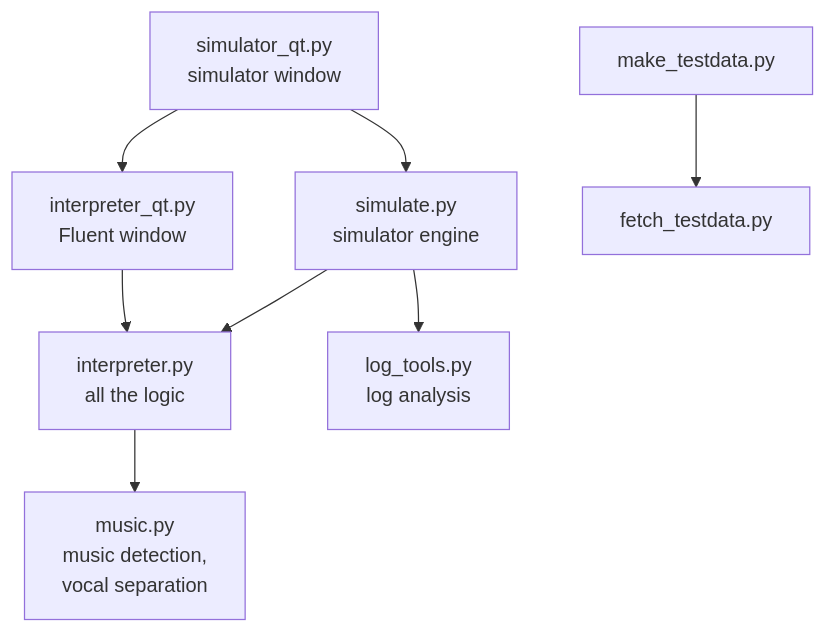
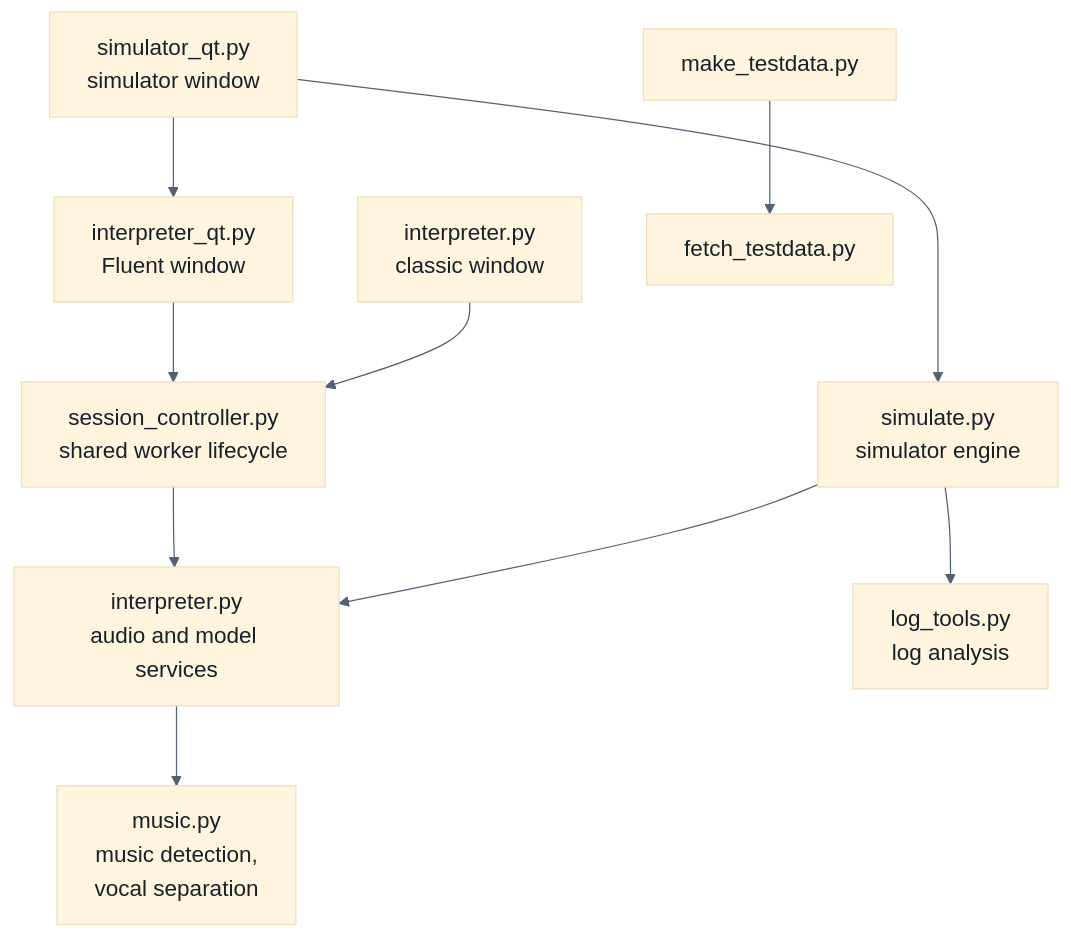
Before and after one commit to Benn-maker-bot/Interpreter: the eighth of 8 diagrams in docs/MAP.md, drawn with Mermaid. The commit also changed other lines of this file and 21 other files, not shown here.

First line of the commit message:
Loguru logging, SessionController, Piper test voices, docs

````diff
--- a/docs/MAP.md
+++ b/docs/MAP.md
@@ -151,10 +162,13 @@
 ```mermaid
+%%{init: {"theme": "base", "themeVariables": {"fontSize": "18px", "fontFamily": "Segoe UI, Arial, sans-serif", "lineColor": "#536273", "primaryTextColor": "#17212b"}, "flowchart": {"nodeSpacing": 52, "rankSpacing": 64, "htmlLabels": true, "curve": "basis"}}}%%
 flowchart TB
-    IQ[interpreter_qt.py<br/>Fluent window] --> I[interpreter.py<br/>all the logic]
+    IQ[interpreter_qt.py<br/>Fluent window] --> SC[session_controller.py<br/>shared worker lifecycle]
+    CI[interpreter.py<br/>classic window] --> SC
+    SC --> I[interpreter.py<br/>audio and model services]
     I --> M[music.py<br/>music detection,<br/>vocal separation]
     SQ[simulator_qt.py<br/>simulator window] --> S[simulate.py<br/>simulator engine]
     SQ --> IQ
     S --> I
     S --> LT[log_tools.py<br/>log analysis]
     MT[make_testdata.py] --> FT[fetch_testdata.py]
 ```
````
